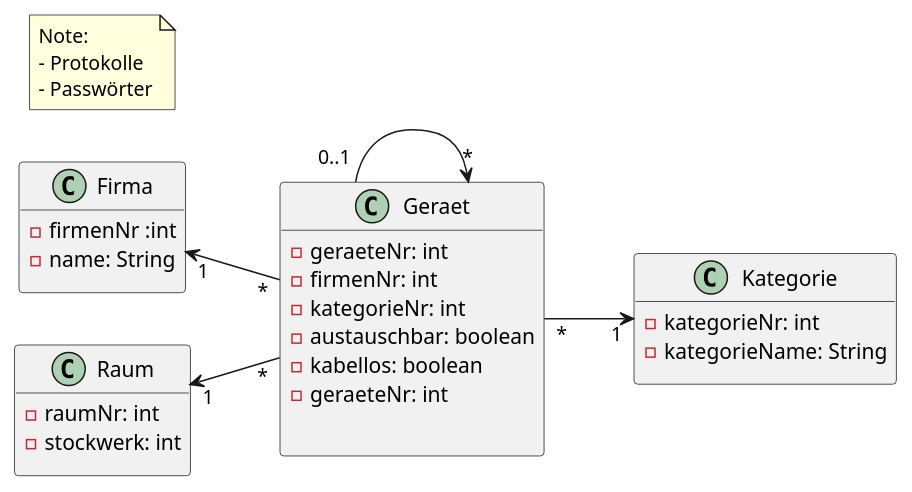
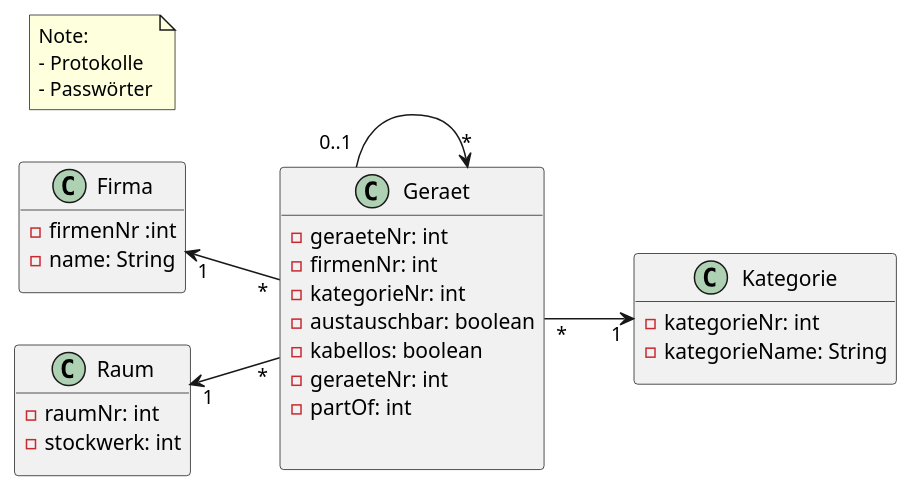
The diagram in asciidocs/plantuml/erd.puml (2122-3bhitm-itp/02-project-diagramm-generator), drawn with PlantUML before and after one commit. The commit also changed 5 other files, not shown here.

```diff
--- a/asciidocs/plantuml/erd.puml
+++ b/asciidocs/plantuml/erd.puml
@@ -1,68 +1,69 @@
 @startuml
 'https://plantuml.com/class-diagram
 left to right direction
 class Firma {
 - firmenNr :int
 - name: String
 ||
 }
 class Raum {
  - raumNr: int
  - stockwerk: int
  ||
 }
 class Geraet {
  - geraeteNr: int
  - firmenNr: int
  - kategorieNr: int
  - austauschbar: boolean
  - kabellos: boolean
  -  geraeteNr: int
+ - partOf: int
 
 ||
 }
 class Kategorie {
  - kategorieNr: int
  - kategorieName: String
 ||
 }
 /'class Termin {
     - terminNr: int
     - datum: Date
 ||
 }
 
 class Wartung {
     - wartungsNr: int
    - terminNr : int
    - feuerloescherNr: int
    ||
 }
 
 class Benachrichtigung {
   - id:int
   - nachricht: String
   - typ: String
   ||
 }'/
 
 'Device "*" --  "*" Termin
 
 '(Device,Termin) .. Wartung
 
 Raum "1" <-- "*" Geraet
 
 Firma "1" <-- "*" Geraet
 
 Geraet "0..1" --> "*" Geraet
 
 Geraet "*" --> "1" Kategorie
 
 note as kommentar
 Note:
 - Protokolle
 - Passwörter
 end note
 
 
 @enduml
```
